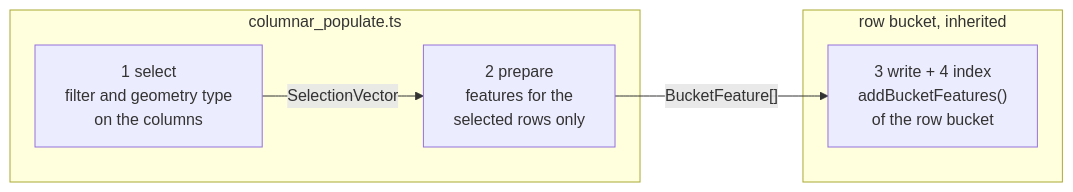
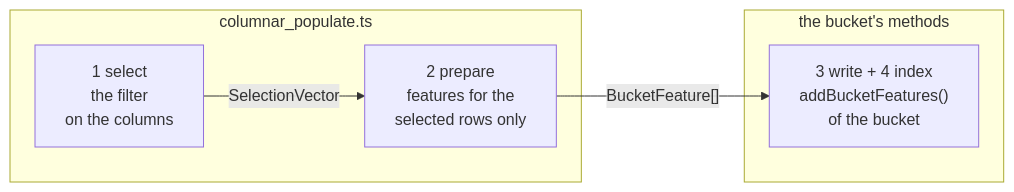
The diagram in changes/08-populate-pipeline.md (Salkin975/Thesis-docs), drawn with Mermaid before and after one commit. The commit also changed other lines of this file and 7 other files, not shown here.

````diff
--- a/changes/08-populate-pipeline.md
+++ b/changes/08-populate-pipeline.md
@@ -24,13 +23,13 @@
 ```mermaid
 flowchart LR
-    S1["1 select<br/>filter and geometry type<br/>on the columns"] -->|"SelectionVector"| S2["2 prepare<br/>features for the<br/>selected rows only"]
-    S2 -->|"BucketFeature[]"| S3["3 write + 4 index<br/>addBucketFeatures()<br/>of the row bucket"]
+    S1["1 select<br/>the filter<br/>on the columns"] -->|"SelectionVector"| S2["2 prepare<br/>features for the<br/>selected rows only"]
+    S2 -->|"BucketFeature[]"| S3["3 write + 4 index<br/>addBucketFeatures()<br/>of the bucket"]
 
     subgraph shared[" columnar_populate.ts "]
     S1
     S2
     end
-    subgraph inherited[" row bucket, inherited "]
+    subgraph own[" the bucket's methods "]
     S3
     end
 ```
````
